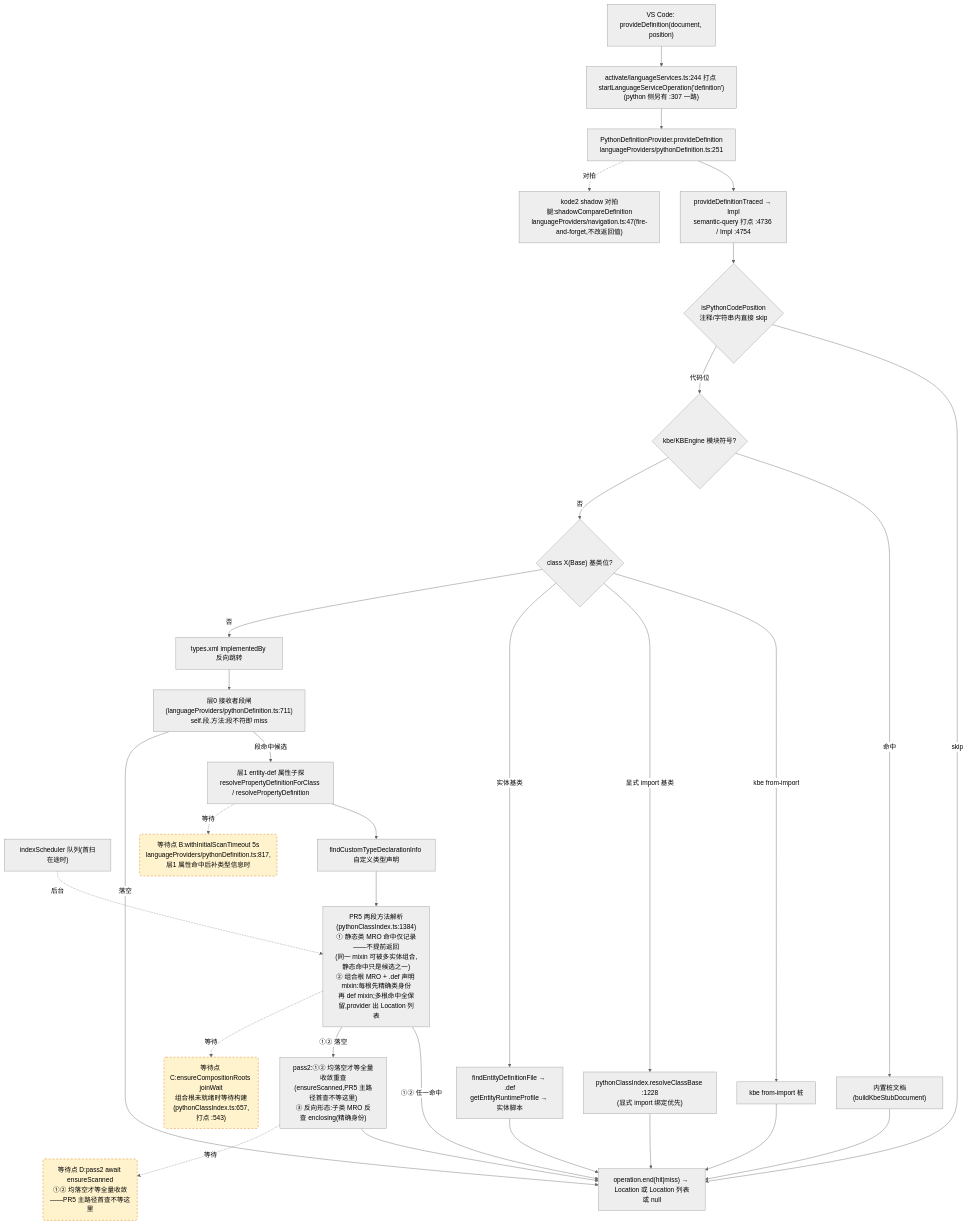
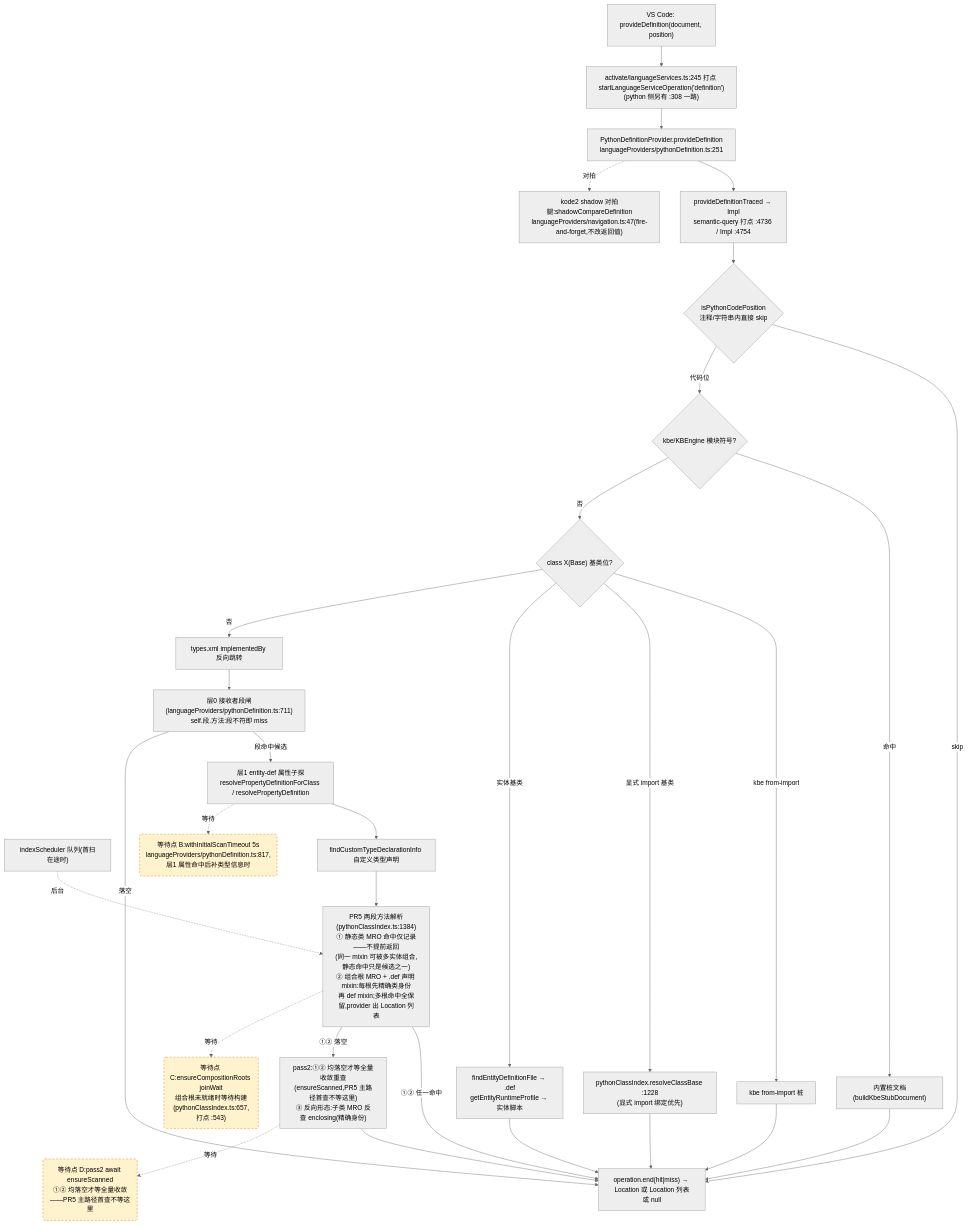
One commit to cuihairu/kode changed the second of 4 diagrams in docs/perf/2026-baseline.md. Above: the diagram before and after it, drawn with Mermaid (neutral theme). The commit also changed other lines of this file and 4 other files, not shown here.

````diff
--- a/docs/perf/2026-baseline.md
+++ b/docs/perf/2026-baseline.md
@@ -130,51 +130,51 @@
 ```mermaid
 flowchart TD
   VC2["VS Code: provideDefinition(document, position)"]
-  M2["activate/languageServices.ts:244 打点 startLanguageServiceOperation('definition')<br/>(python 侧另有 :307 一路)"]
+  M2["activate/languageServices.ts:245 打点 startLanguageServiceOperation('definition')<br/>(python 侧另有 :308 一路)"]
   AD2["PythonDefinitionProvider.provideDefinition<br/>languageProviders/pythonDefinition.ts:251"]
   TR["provideDefinitionTraced → Impl<br/>semantic-query 打点 :4736 / Impl :4754"]
   CTX{"isPythonCodePosition<br/>注释/字符串内直接 skip"}
   KBE{"kbe/KBEngine 模块符号?"}
   STUB["内置桩文档(buildKbeStubDocument)"]
   CB{"class X(Base) 基类位?"}
   CB1["kbe from-import 桩"]
   CB2["pythonClassIndex.resolveClassBase :1228<br/>(显式 import 绑定优先)"]
   CB3["findEntityDefinitionFile → .def<br/>getEntityRuntimeProfile → 实体脚本"]
   REV["types.xml implementedBy 反向跳转"]
   L0["层0 接收者段闸(languageProviders/pythonDefinition.ts:711)<br/>self.段.方法:段不符即 miss"]
   L1["层1 entity-def 属性子探<br/>resolvePropertyDefinitionForClass / resolvePropertyDefinition"]
   SCAN["indexScheduler 队列(首扫在途时)"]
   TY["findCustomTypeDeclarationInfo 自定义类型声明"]
   MRO["PR5 两段方法解析(pythonClassIndex.ts:1384)<br/>① 静态类 MRO 命中仅记录——不提前返回<br/>(同一 mixin 可被多实体组合,静态命中只是候选之一)<br/>② 组合根 MRO + .def 声明 mixin:每根先精确类身份<br/>再 def mixin;多根命中全保留,provider 出 Location 列表"]
   PASS2["pass2:①② 均落空才等全量收敛重查<br/>(ensureScanned,PR5 主路径首查不等这里)<br/>③ 反向形态:子类 MRO 反查 enclosing(精确身份)"]
   SHD["kode2 shadow 对拍腿:shadowCompareDefinition<br/>languageProviders/navigation.ts:47(fire-and-forget,不改返回值)"]
   END2["operation.end(hit|miss) → Location 或 Location 列表或 null"]
 
   VC2 --> M2 --> AD2 --> TR --> CTX
   CTX -- "skip" --> END2
   CTX -- "代码位" --> KBE
   KBE -- "命中" --> STUB --> END2
   KBE -- "否" --> CB
   CB -- "kbe from-import" --> CB1 --> END2
   CB -- "显式 import 基类" --> CB2 --> END2
   CB -- "实体基类" --> CB3 --> END2
   CB -- "否" --> REV --> L0
   L0 -- "段命中候选" --> L1
   L0 -- "落空" --> END2
   L1 --> TY
   TY --> MRO
   MRO -- "①② 任一命中" --> END2
   MRO -- "①② 落空" --> PASS2 --> END2
   AD2 -.->|对拍| SHD
 
   WAITB("等待点 B:withInitialScanTimeout 5s<br/>languageProviders/pythonDefinition.ts:817,层1 属性命中后补类型信息时")
   WAITC("等待点 C:ensureCompositionRoots joinWait<br/>组合根未就绪时等待构建(pythonClassIndex.ts:657,打点 :543)")
   WAITD("等待点 D:pass2 await ensureScanned<br/>①② 均落空才等全量收敛——PR5 主路径首查不等这里")
   L1 -.->|等待| WAITB
   MRO -.->|等待| WAITC
   PASS2 -.->|等待| WAITD
   SCAN -.->|后台| MRO
 
   classDef waitPoint fill:#fff3cd,stroke:#d97706,stroke-dasharray:5 4;
   class WAITB,WAITC,WAITD waitPoint;
 ```
````
